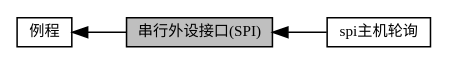
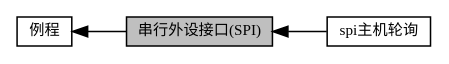
One commit to cuishengen/cuishengen.github.io changed the diagram in group__am__demo__spi__all.dot. Above: the diagram before and after it, drawn with Graphviz. The commit also changed 212 other files, not shown here.

```diff
--- a/group__am__demo__spi__all.dot
+++ b/group__am__demo__spi__all.dot
@@ -1,11 +1,11 @@
 digraph "串行外设接口(SPI)"
 {
   edge [fontname="黑体",fontsize="10",labelfontname="黑体",labelfontsize="10"];
-  node [fontname="黑体",fontsize="10",shape=record];
+  node [fontname="黑体",fontsize="10",shape=box];
   rankdir=LR;
-  Node0 [label="串行外设接口(SPI)",height=0.2,width=0.4,color="black", fillcolor="grey75", style="filled", fontcolor="black"];
-  Node2 [label="spi主机轮询",height=0.2,width=0.4,color="black", fillcolor="white", style="filled",URL="$group__demo__if__spi__master__polling.html"];
-  Node1 [label="例程",height=0.2,width=0.4,color="black", fillcolor="white", style="filled",URL="$group__mwv__service__demo__device.html",tooltip="提供外设使用例程，例如SPI、I2C，UART "];
+  Node0 [label="串行外设接口(SPI)",height=0.2,width=0.4,color="black", fillcolor="grey75", style="filled", fontcolor="black",tooltip="所有的SPI总线控制器相关例程"];
+  Node2 [label="spi主机轮询",height=0.2,width=0.4,color="black", fillcolor="white", style="filled",URL="$group__demo__if__spi__master__polling.html",tooltip=" "];
+  Node1 [label="例程",height=0.2,width=0.4,color="black", fillcolor="white", style="filled",URL="$group__mwv__service__demo__device.html",tooltip="提供外设使用例程，例如SPI、I2C，UART"];
   Node1->Node0 [shape=plaintext, dir="back", style="solid"];
   Node0->Node2 [shape=plaintext, dir="back", style="solid"];
 }
```
